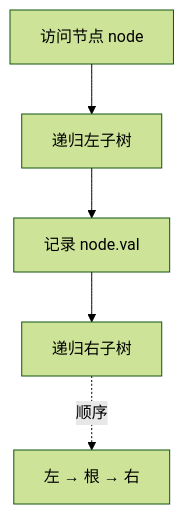
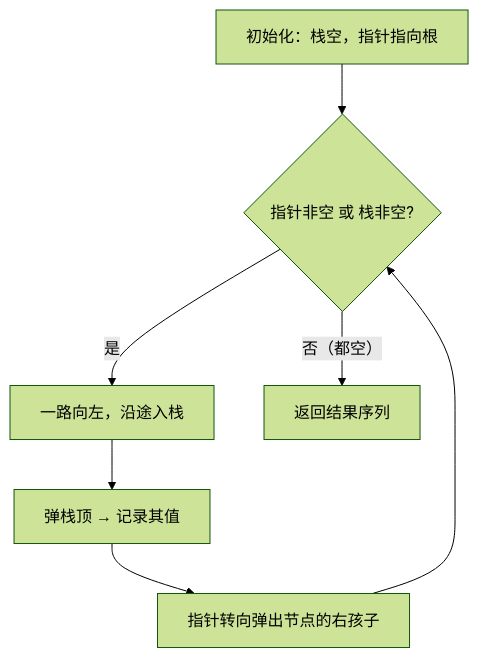
The first of 2 diagrams in 09-二叉树/0094-二叉树的中序遍历.md (OctalZero/hot100-py), drawn with Mermaid (forest theme) before and after one commit. The commit also changed other lines of this file and 117 other files, not shown here.

First line of the commit message:
feat: 全题解配图升级为「动画式 mermaid」（总览骨架 + 横向时间线逐步推演）

````diff
--- a/09-二叉树/0094-二叉树的中序遍历.md
+++ b/09-二叉树/0094-二叉树的中序遍历.md
@@ -20,7 +20,9 @@
 ```mermaid
 flowchart TD
-    A["访问节点 node"] --> B["递归左子树"]
-    B --> C["记录 node.val"]
-    C --> D["递归右子树"]
-    D -.顺序.-> E["左 → 根 → 右"]
+    A["初始化：栈空，指针指向根"] --> B{"指针非空 或 栈非空?"}
+    B -->|"是"| C["一路向左，沿途入栈"]
+    C --> D["弹栈顶 → 记录其值"]
+    D --> E["指针转向弹出节点的右孩子"]
+    E --> B
+    B -->|"否（都空）"| F["返回结果序列"]
 ```
````
